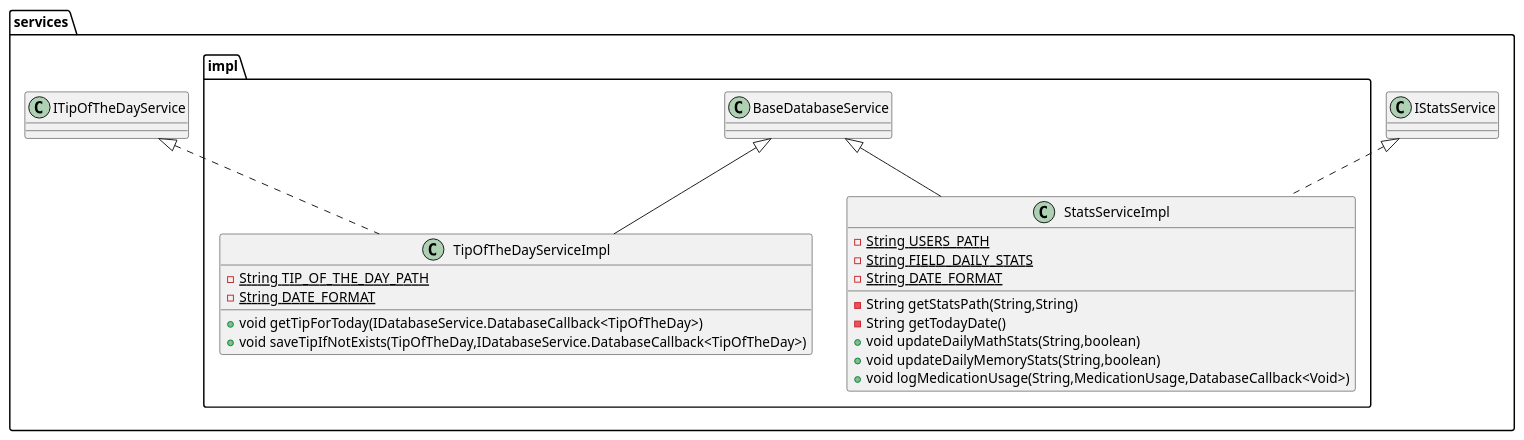
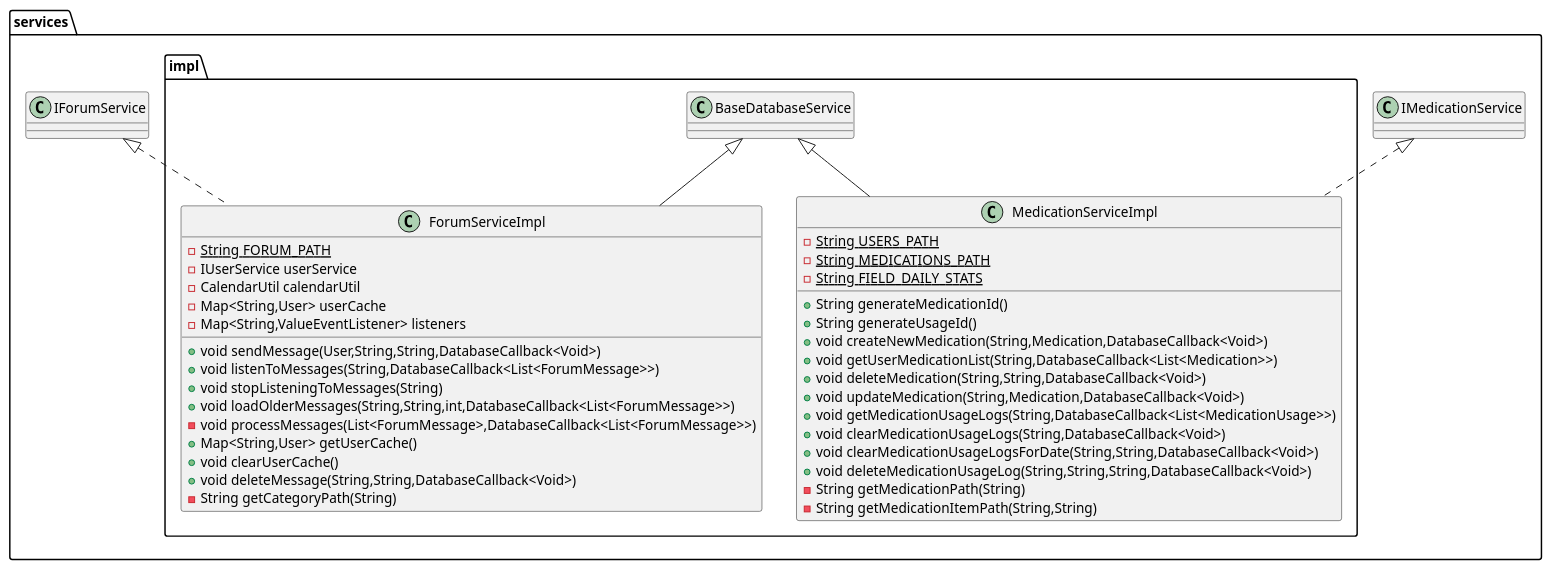
One commit to sagiv23/ShvilHazhav changed the diagram in umls/impl5.puml. Above: the diagram before and after it, drawn with PlantUML. The commit also changed 11 other files, not shown here.

```diff
--- a/umls/impl5.puml
+++ b/umls/impl5.puml
@@ -1,28 +1,45 @@
 @startuml
-class services.impl.StatsServiceImpl {
+class services.impl.MedicationServiceImpl {
 - {static} String USERS_PATH
+- {static} String MEDICATIONS_PATH
 - {static} String FIELD_DAILY_STATS
-- {static} String DATE_FORMAT
-- String getStatsPath(String,String)
-- String getTodayDate()
-+ void updateDailyMathStats(String,boolean)
-+ void updateDailyMemoryStats(String,boolean)
-+ void logMedicationUsage(String,MedicationUsage,DatabaseCallback<Void>)
++ String generateMedicationId()
++ String generateUsageId()
++ void createNewMedication(String,Medication,DatabaseCallback<Void>)
++ void getUserMedicationList(String,DatabaseCallback<List<Medication>>)
++ void deleteMedication(String,String,DatabaseCallback<Void>)
++ void updateMedication(String,Medication,DatabaseCallback<Void>)
++ void getMedicationUsageLogs(String,DatabaseCallback<List<MedicationUsage>>)
++ void clearMedicationUsageLogs(String,DatabaseCallback<Void>)
++ void clearMedicationUsageLogsForDate(String,String,DatabaseCallback<Void>)
++ void deleteMedicationUsageLog(String,String,String,DatabaseCallback<Void>)
+- String getMedicationPath(String)
+- String getMedicationItemPath(String,String)
 }
 
 
-class services.impl.TipOfTheDayServiceImpl {
-- {static} String TIP_OF_THE_DAY_PATH
-- {static} String DATE_FORMAT
-+ void getTipForToday(IDatabaseService.DatabaseCallback<TipOfTheDay>)
-+ void saveTipIfNotExists(TipOfTheDay,IDatabaseService.DatabaseCallback<TipOfTheDay>)
+class services.impl.ForumServiceImpl {
+- {static} String FORUM_PATH
+- IUserService userService
+- CalendarUtil calendarUtil
+- Map<String,User> userCache
+- Map<String,ValueEventListener> listeners
++ void sendMessage(User,String,String,DatabaseCallback<Void>)
++ void listenToMessages(String,DatabaseCallback<List<ForumMessage>>)
++ void stopListeningToMessages(String)
++ void loadOlderMessages(String,String,int,DatabaseCallback<List<ForumMessage>>)
+- void processMessages(List<ForumMessage>,DatabaseCallback<List<ForumMessage>>)
++ Map<String,User> getUserCache()
++ void clearUserCache()
++ void deleteMessage(String,String,DatabaseCallback<Void>)
+- String getCategoryPath(String)
 }
 
 
 
 
-services.IStatsService <|.. services.impl.StatsServiceImpl
-services.impl.BaseDatabaseService <|-- services.impl.StatsServiceImpl
-services.ITipOfTheDayService <|.. services.impl.TipOfTheDayServiceImpl
-services.impl.BaseDatabaseService <|-- services.impl.TipOfTheDayServiceImpl
+services.IMedicationService <|.. services.impl.MedicationServiceImpl
+services.impl.BaseDatabaseService <|-- services.impl.MedicationServiceImpl
+services.IForumService <|.. services.impl.ForumServiceImpl
+services.impl.BaseDatabaseService <|-- services.impl.ForumServiceImpl
 @enduml
```
